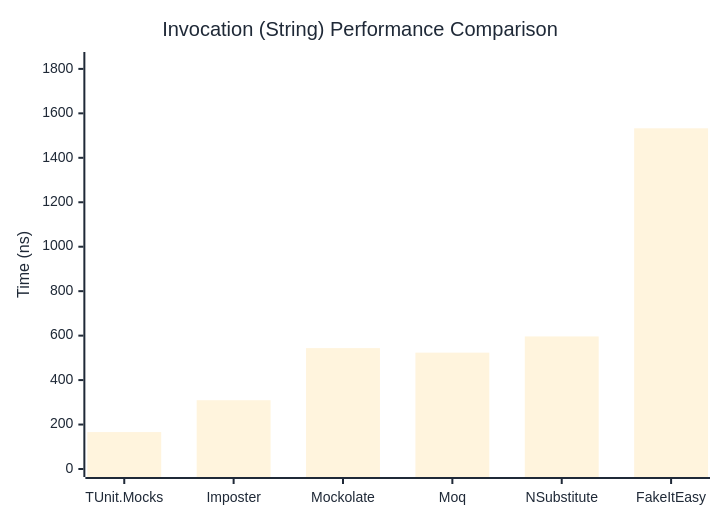
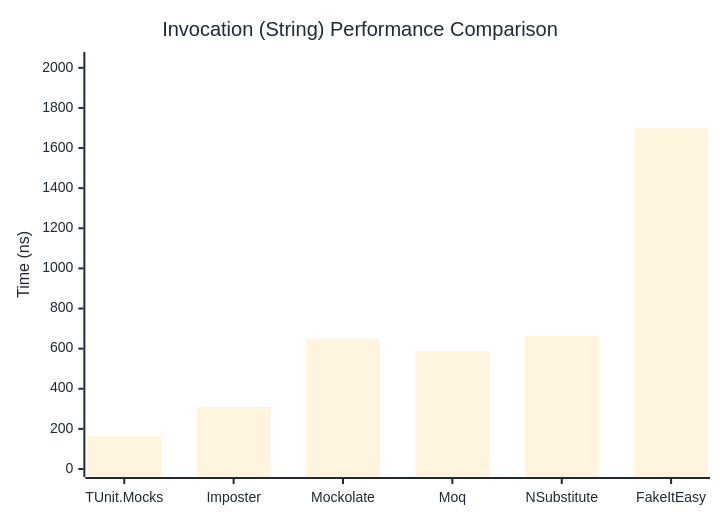
One commit to thomhurst/TUnit changed the second of 3 diagrams in docs/docs/benchmarks/mocks/Invocation.md. Above: the diagram before and after it, drawn with Mermaid. The commit also changed other lines of this file and 14 other files, not shown here.

````diff
--- a/docs/docs/benchmarks/mocks/Invocation.md
+++ b/docs/docs/benchmarks/mocks/Invocation.md
@@ -69,27 +69,27 @@
 ```mermaid
 %%{init: {
   'theme':'base',
   'themeVariables': {
     'primaryColor': '#2563eb',
     'primaryTextColor': '#1f2937',
     'primaryBorderColor': '#1e40af',
     'lineColor': '#6b7280',
     'secondaryColor': '#7c3aed',
     'tertiaryColor': '#dc2626',
     'background': '#ffffff',
     'pie1': '#2563eb',
     'pie2': '#7c3aed',
     'pie3': '#dc2626',
     'pie4': '#f59e0b',
     'pie5': '#10b981',
     'pie6': '#06b6d4',
     'pie7': '#ec4899',
     'pie8': '#6366f1'
   }
 }}%%
 xychart-beta
   title "Invocation (String) Performance Comparison"
   x-axis ["TUnit.Mocks", "Imposter", "Mockolate", "Moq", "NSubstitute", "FakeItEasy"]
-  y-axis "Time (ns)" 0 --> 1840
-  bar [166.1, 309.4, 543.9, 523.5, 596.4, 1532.7]
+  y-axis "Time (ns)" 0 --> 2039
+  bar [163.9, 309.7, 648.5, 588.2, 664.4, 1698.6]
 ```
````
